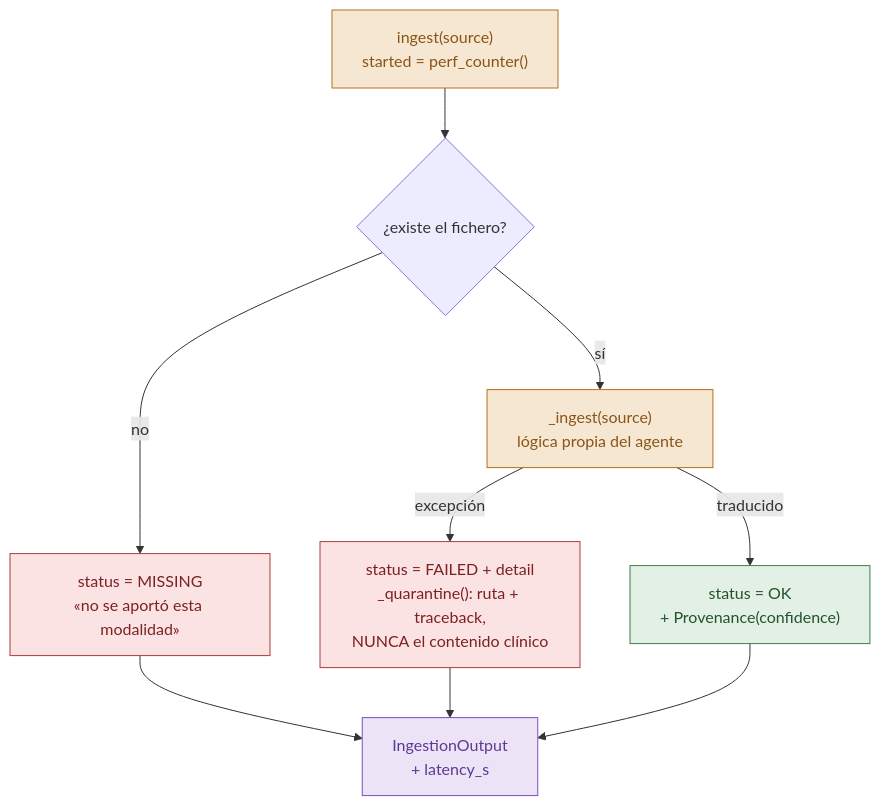
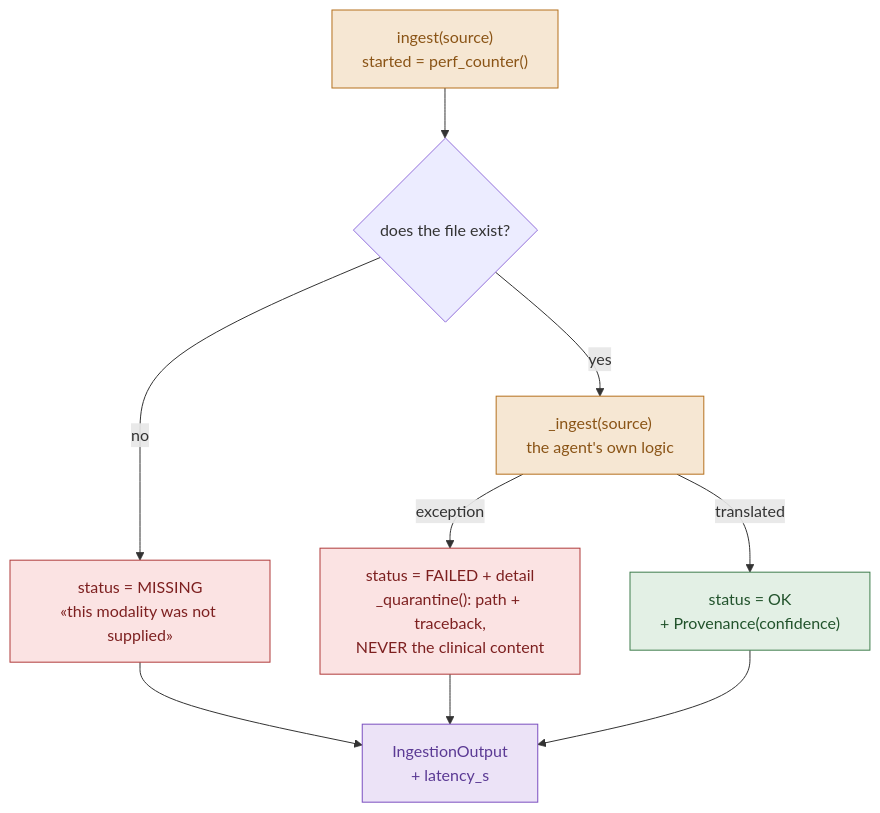
Before and after one commit to ANFAIA/Agentic-Smart-Health: the second of 4 diagrams in packages/ingestion-agents/README.md, drawn with Mermaid. The commit also changed other lines of this file and 3 other files, not shown here.

````diff
--- a/packages/ingestion-agents/README.md
+++ b/packages/ingestion-agents/README.md
@@ -92,20 +92,20 @@
 ```mermaid
 flowchart TB
-  IN["ingest(source)<br/>started = perf_counter()"] --> EX{"¿existe el fichero?"}
-  EX -->|"no"| MISS["status = MISSING<br/>«no se aportó esta modalidad»"]
-  EX -->|"sí"| TRY["_ingest(source)<br/>lógica propia del agente"]
-  TRY -->|"excepción"| FAIL["status = FAILED + detail<br/>_quarantine(): ruta + traceback,<br/>NUNCA el contenido clínico"]
-  TRY -->|"traducido"| OK["status = OK<br/>+ Provenance(confidence)"]
+  IN["ingest(source)<br/>started = perf_counter()"] --> EX{"does the file exist?"}
+  EX -->|"no"| MISS["status = MISSING<br/>«this modality was not supplied»"]
+  EX -->|"yes"| TRY["_ingest(source)<br/>the agent's own logic"]
+  TRY -->|"exception"| FAIL["status = FAILED + detail<br/>_quarantine(): path + traceback,<br/>NEVER the clinical content"]
+  TRY -->|"translated"| OK["status = OK<br/>+ Provenance(confidence)"]
   MISS --> RET["IngestionOutput<br/>+ latency_s"]
   FAIL --> RET
   OK --> RET
 
   classDef proc fill:#f6e7d3,stroke:#b5701d,color:#8a5416;
   classDef bad fill:#fbe3e3,stroke:#b03a3a,color:#7d2020;
   classDef good fill:#e3f0e5,stroke:#3f7d4c,color:#22532c;
   classDef out fill:#ece3f7,stroke:#7b4fc0,color:#5b3a94;
   class IN,TRY proc;
   class MISS,FAIL bad;
   class OK good;
   class RET out;
 ```
````
